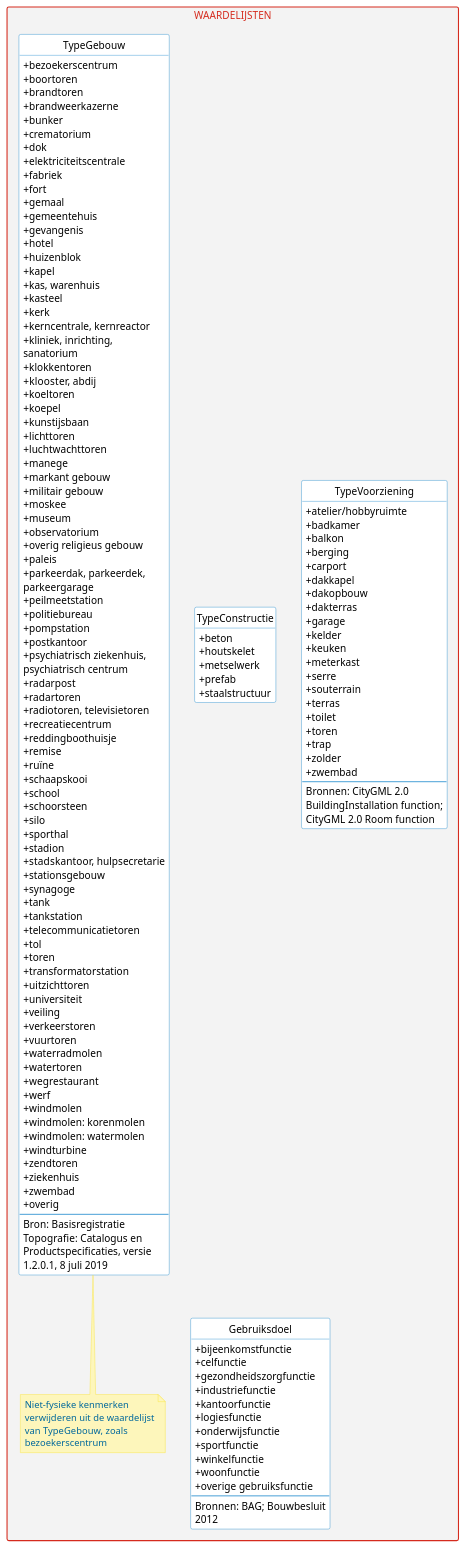
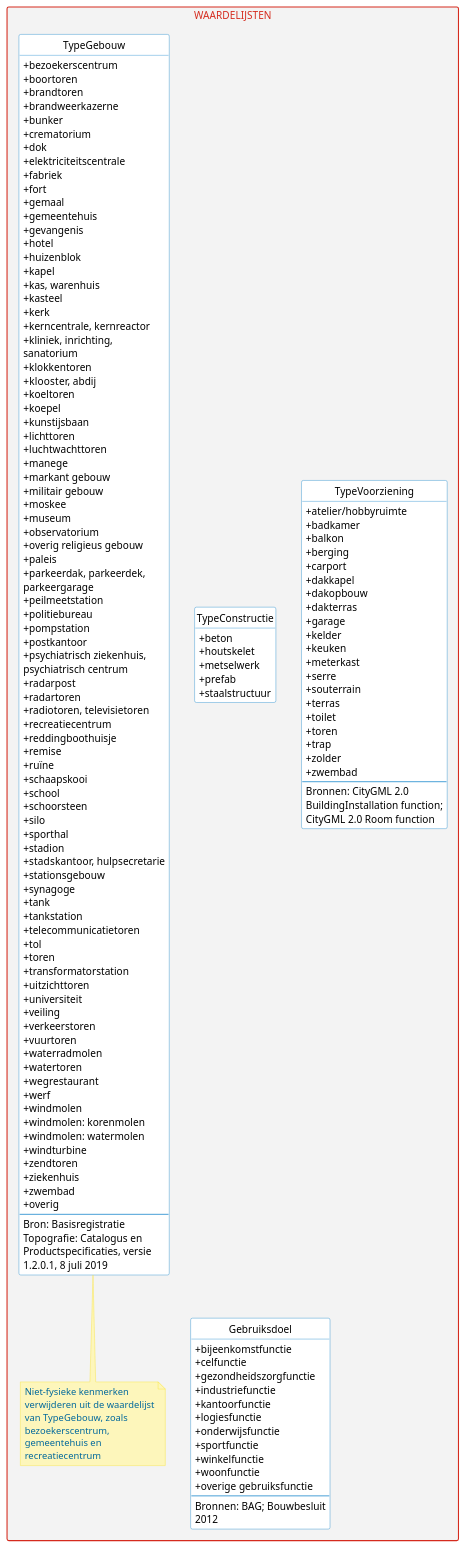
One commit to geobasisregistraties/werkgroep-bouwwerken changed the diagram in model/waardelijsten.puml. Above: the diagram before and after it, drawn with PlantUML.

```diff
--- a/model/waardelijsten.puml
+++ b/model/waardelijsten.puml
@@ -246,7 +246,7 @@
         Bron: Basisregistratie Topografie: Catalogus en Productspecificaties, versie 1.2.0.1, 8 juli 2019
     }
 
-note bottom of TypeGebouw : Niet-fysieke kenmerken verwijderen uit de waardelijst van TypeGebouw, zoals bezoekerscentrum
+note bottom of TypeGebouw : Niet-fysieke kenmerken verwijderen uit de waardelijst van TypeGebouw, zoals bezoekerscentrum, gemeentehuis en recreatiecentrum
 
 }
 @enduml
```
